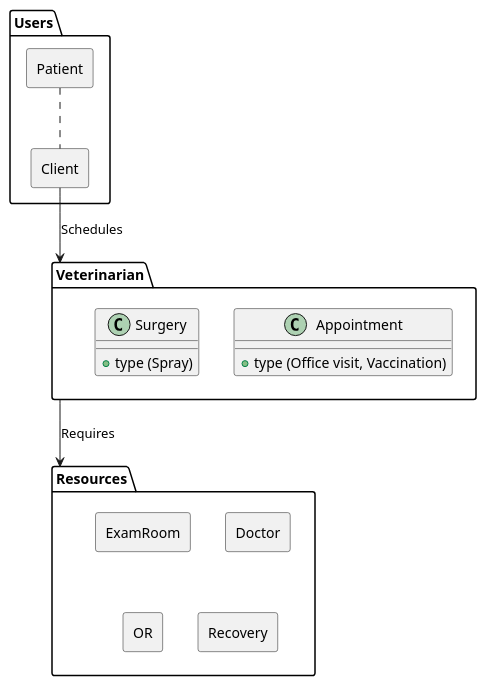
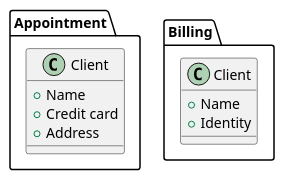
One commit to grierson/books changed the diagram in DDD/DDDFundamentals/03.adoc. Above: the diagram before and after it, drawn with PlantUML. The commit also changed other lines of this file and 2 other files, not shown here.

Commit message:
Chapter 2

```diff
--- a/DDD/DDDFundamentals/03.adoc
+++ b/DDD/DDDFundamentals/03.adoc
@@ -11,32 +29,19 @@
 [plantuml]
 ----
 @startuml
-allowmixing
-
-package Users {
-    rectangle Patient
-    rectangle Client
-    Patient .. Client
-}
-
-package Veterinarian {
-    class Appointment {
-        + type (Office visit, Vaccination)
-    }
-    class Surgery {
-        + type (Spray)
+package Appointment {
+    class "Client" as c1 {
+        + Name
+        + Credit card
+        + Address
     }
 }
 
-package Resources {
-    rectangle ExamRoom
-    rectangle Doctor
-    rectangle OR
-    rectangle Recovery
+package Billing {
+    class "Client" as c2 {
+        + Name
+        + Identity
+    }
 }
-
-Client --> Veterinarian : Schedules
-Veterinarian --> Resources : Requires
-
 @enduml
 ----
```
